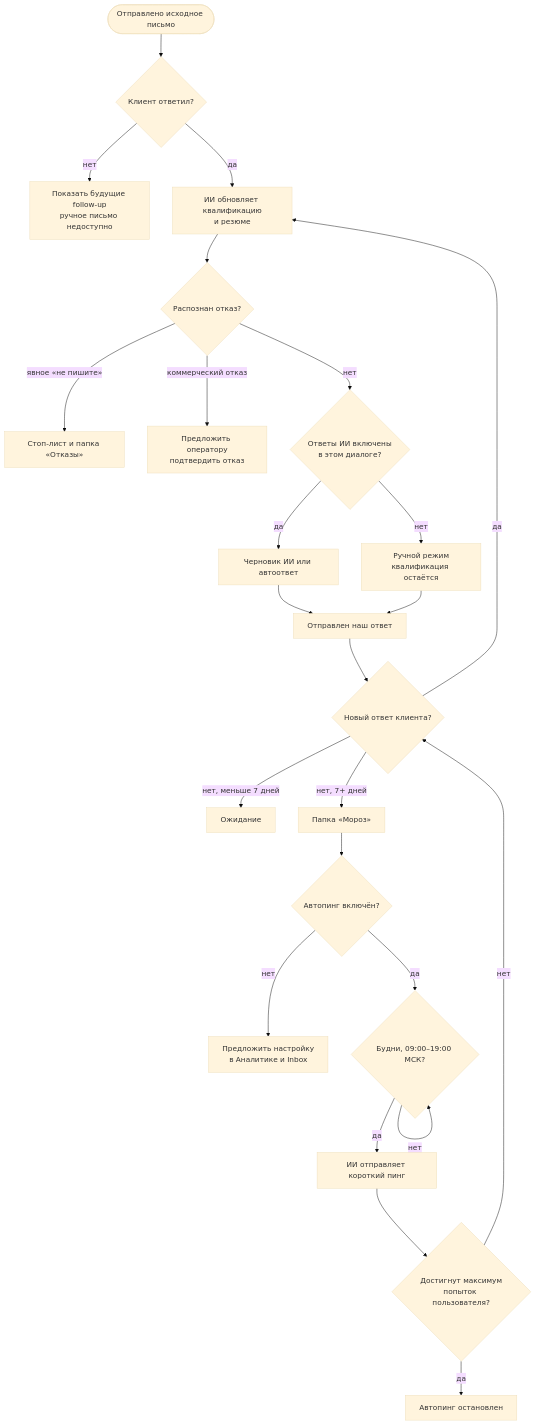
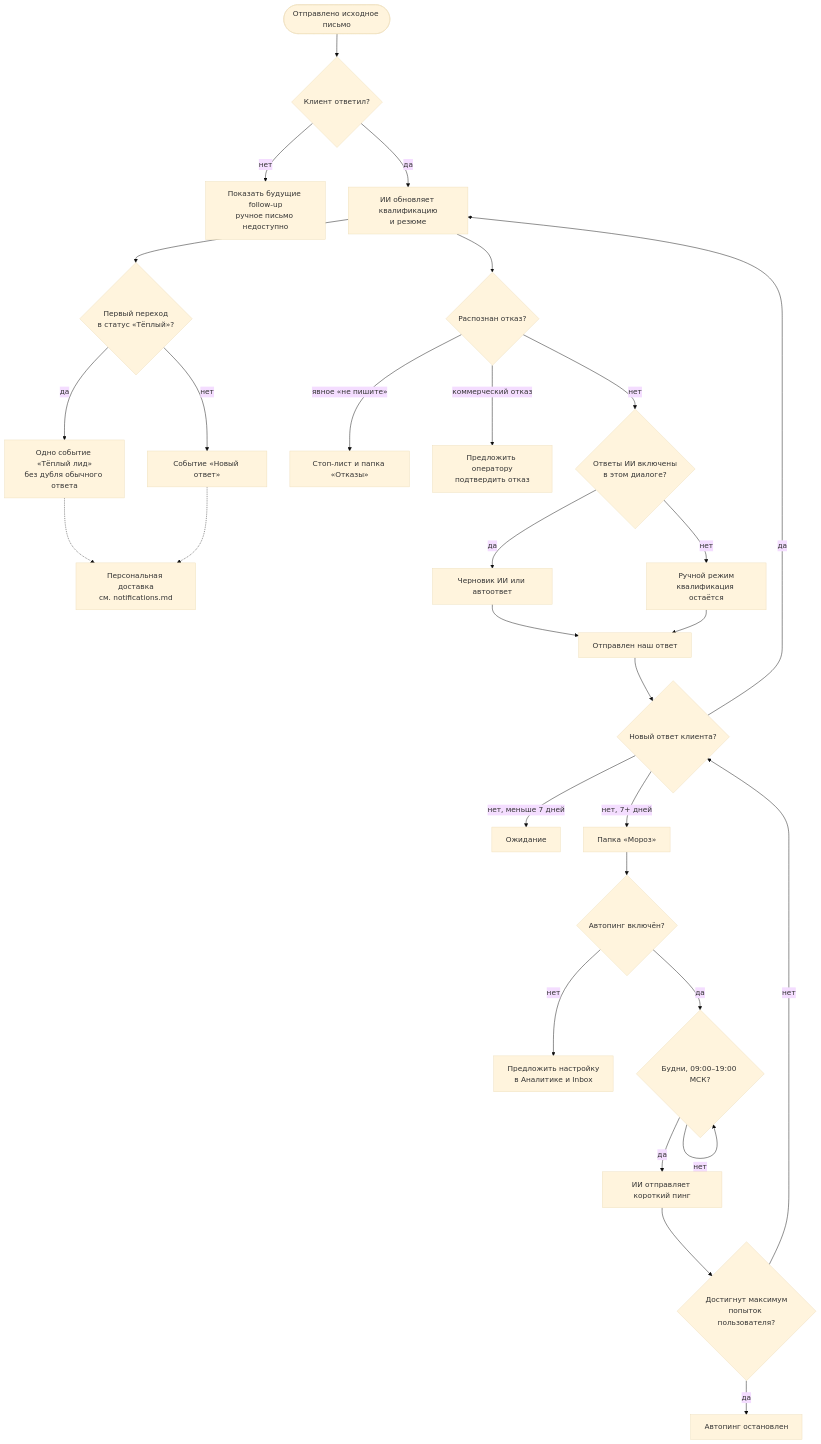
One commit to Egorizzz/smailee changed the second of 2 diagrams in docs/diagrams/inbox.md. Above: the diagram before and after it, drawn with Mermaid (base theme). The commit also changed 26 other files, not shown here.

````diff
--- a/docs/diagrams/inbox.md
+++ b/docs/diagrams/inbox.md
@@ -24,26 +24,31 @@
 ```mermaid
 flowchart TD
   Sent([Отправлено исходное письмо]) --> Reply{Клиент ответил?}
   Reply -->|нет| Followups[Показать будущие follow-up<br/>ручное письмо недоступно]
   Reply -->|да| Classify[ИИ обновляет квалификацию<br/>и резюме]
+  Classify --> NotifyClass{Первый переход<br/>в статус «Тёплый»?}
+  NotifyClass -->|да| WarmEvent[Одно событие «Тёплый лид»<br/>без дубля обычного ответа]
+  NotifyClass -->|нет| ReplyEvent[Событие «Новый ответ»]
+  WarmEvent -.-> Delivery[Персональная доставка<br/>см. notifications.md]
+  ReplyEvent -.-> Delivery
   Classify --> Decline{Распознан отказ?}
   Decline -->|явное «не пишите»| Refused[Стоп-лист и папка «Отказы»]
   Decline -->|коммерческий отказ| Confirm[Предложить оператору<br/>подтвердить отказ]
   Decline -->|нет| AiMode{Ответы ИИ включены<br/>в этом диалоге?}
   AiMode -->|да| Draft[Черновик ИИ или автоответ]
   AiMode -->|нет| Manual[Ручной режим<br/>квалификация остаётся]
   Draft --> Outbound[Отправлен наш ответ]
   Manual --> Outbound
   Outbound --> Wait{Новый ответ клиента?}
   Wait -->|да| Classify
   Wait -->|нет, меньше 7 дней| Quiet[Ожидание]
   Wait -->|нет, 7+ дней| Frost[Папка «Мороз»]
   Frost --> Ping{Автопинг включён?}
   Ping -->|нет| Operator[Предложить настройку<br/>в Аналитике и Inbox]
   Ping -->|да| Window{Будни, 09:00–19:00 МСК?}
   Window -->|нет| Window
   Window -->|да| AutoPing[ИИ отправляет короткий пинг]
   AutoPing --> Limit{Достигнут максимум<br/>попыток пользователя?}
   Limit -->|нет| Wait
   Limit -->|да| Stop[Автопинг остановлен]
 ```
````
